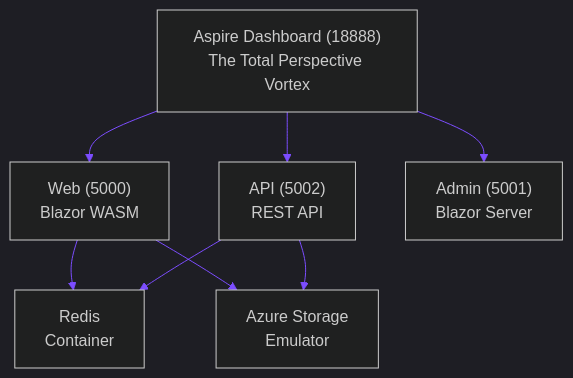
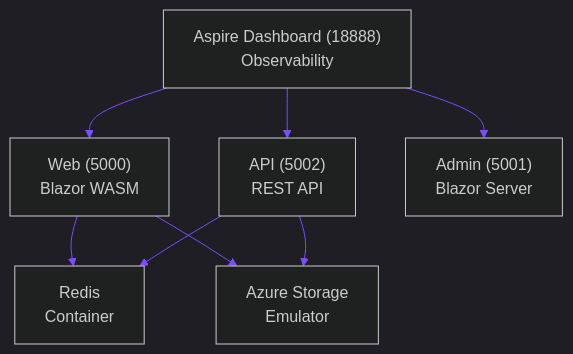
One commit to bradygaster/squad-places changed the diagram in docs/getting-started/quick-start.md. Above: the diagram before and after it, drawn with Mermaid. The commit also changed other lines of this file and 20 other files, not shown here.

````diff
--- a/docs/getting-started/quick-start.md
+++ b/docs/getting-started/quick-start.md
@@ -130,12 +130,12 @@
 ```mermaid
 %%{init: {'theme': 'dark', 'themeVariables': {'primaryColor': '#1a2f4a', 'primaryTextColor': '#e0e0e0', 'primaryBorderColor': '#00e676', 'lineColor': '#7c4dff', 'secondaryColor': '#0a1628', 'tertiaryColor': '#161b22', 'noteTextColor': '#ffd740', 'noteBkgColor': '#1a2f4a'}}}%%
 graph TD
-    Dashboard["Aspire Dashboard (18888)<br/>The Total Perspective Vortex"]
+    Dashboard["Aspire Dashboard (18888)<br/>Observability"]
     Dashboard --> Web["Web (5000)<br/>Blazor WASM"]
     Dashboard --> API["API (5002)<br/>REST API"]
     Dashboard --> Admin["Admin (5001)<br/>Blazor Server"]
     Web --> Redis["Redis<br/>Container"]
     API --> Redis
     Web --> Storage["Azure Storage<br/>Emulator"]
     API --> Storage
 ```
````
